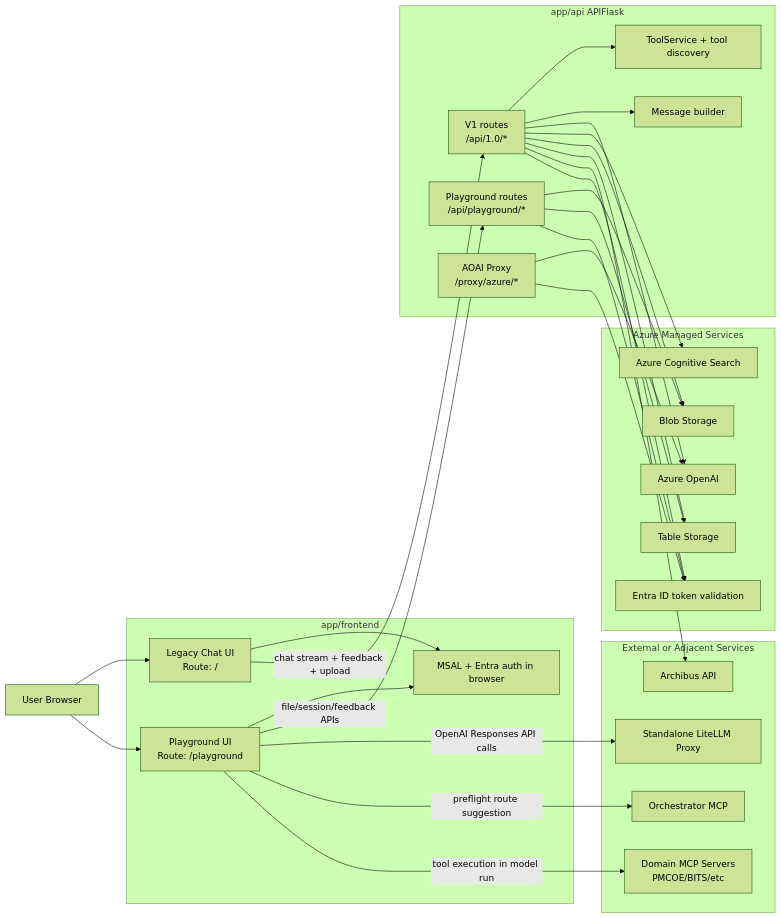
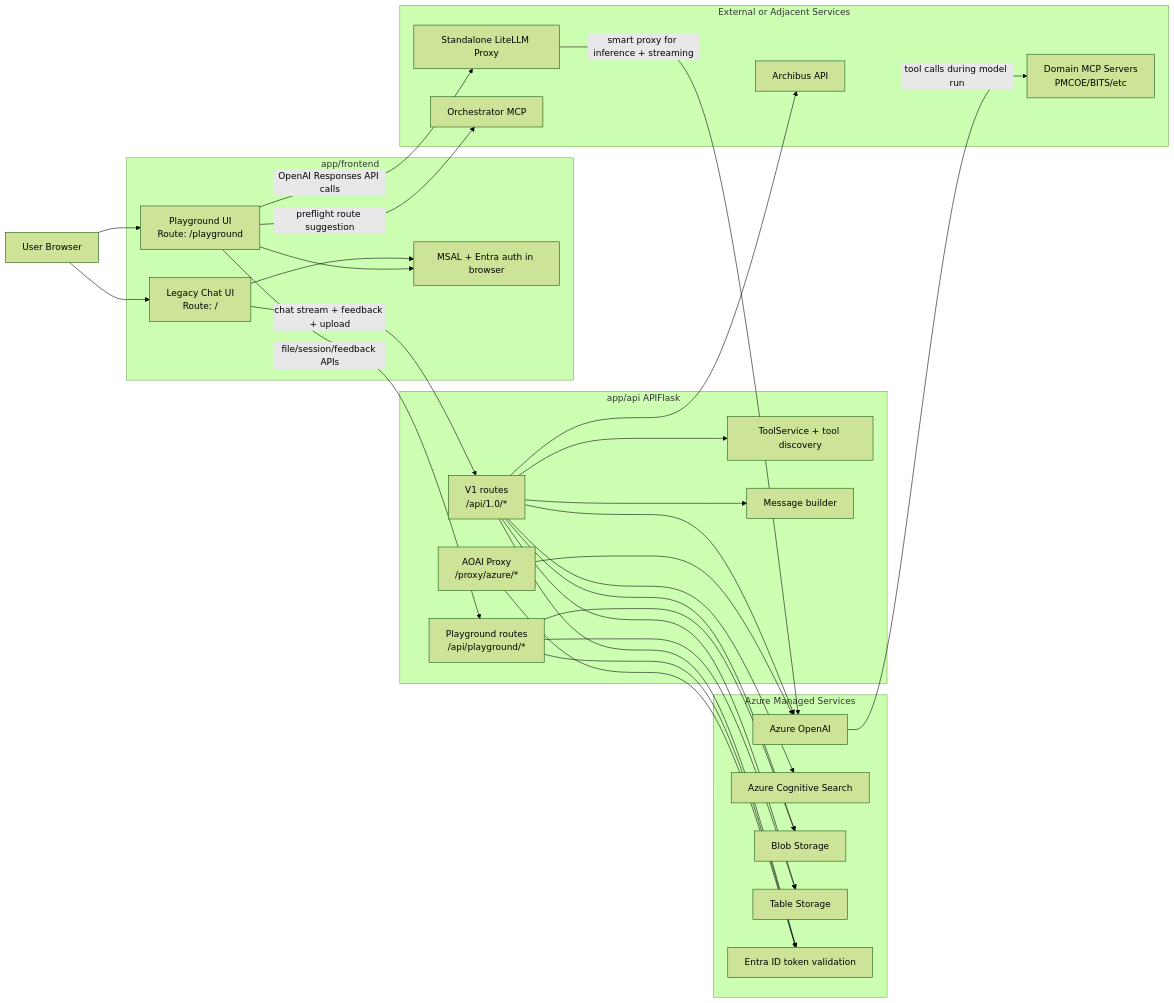
One commit to dto-btn/ssc-assistant changed the first of 3 diagrams in docs/onboarding/architecture-overview.md. Above: the diagram before and after it, drawn with Mermaid (forest theme). The commit also changed other lines of this file and 2 other files, not shown here.

Commit message:
docs: Update architecture and flow diagrams to reflect LiteLLM as a smart proxy for Azure OpenAI

````diff
--- a/docs/onboarding/architecture-overview.md
+++ b/docs/onboarding/architecture-overview.md
@@ -16,61 +16,62 @@
 ```mermaid
 flowchart LR
   User[User Browser]
 
   subgraph Frontend[app/frontend]
    LegacyUI[Legacy Chat UI<br/>Route: /]
    PlaygroundUI[Playground UI<br/>Route: /playground]
    Msal[MSAL + Entra auth in browser]
   end
 
   subgraph API[app/api APIFlask]
    V1[V1 routes<br/>/api/1.0/*]
    PlayAPI[Playground routes<br/>/api/playground/*]
    AzureProxy[AOAI Proxy<br/>/proxy/azure/*]
    ToolSvc[ToolService + tool discovery]
    MsgBuild[Message builder]
   end
 
   subgraph Azure[Azure Managed Services]
    AOAI[Azure OpenAI]
    Search[Azure Cognitive Search]
    Blob[Blob Storage]
    Table[Table Storage]
    AAD[Entra ID token validation]
   end
 
   subgraph External[External or Adjacent Services]
    LiteLLM[Standalone LiteLLM Proxy]
    Orchestrator[Orchestrator MCP]
    DomainMCP[Domain MCP Servers<br/>PMCOE/BITS/etc]
    Archibus[Archibus API]
   end
 
   User --> LegacyUI
   User --> PlaygroundUI
   LegacyUI --> Msal
   PlaygroundUI --> Msal
 
   LegacyUI -->|chat stream + feedback + upload| V1
   PlaygroundUI -->|file/session/feedback APIs| PlayAPI
 
   V1 --> ToolSvc
   V1 --> MsgBuild
   V1 --> AOAI
   V1 --> Search
   V1 --> Blob
   V1 --> Table
   V1 --> Archibus
 
   PlayAPI --> Blob
   PlayAPI --> Table
 
   PlaygroundUI -->|OpenAI Responses API calls| LiteLLM
   PlaygroundUI -->|preflight route suggestion| Orchestrator
-  PlaygroundUI -->|tool execution in model run| DomainMCP
+  LiteLLM -->|smart proxy for inference + streaming| AOAI
+  AOAI -->|tool calls during model run| DomainMCP
 
   AzureProxy --> AOAI
   V1 --> AAD
   PlayAPI --> AAD
   AzureProxy --> AAD
 ```
````
